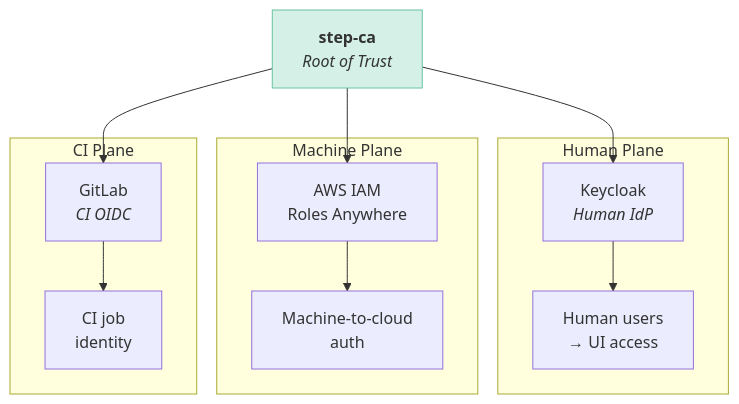
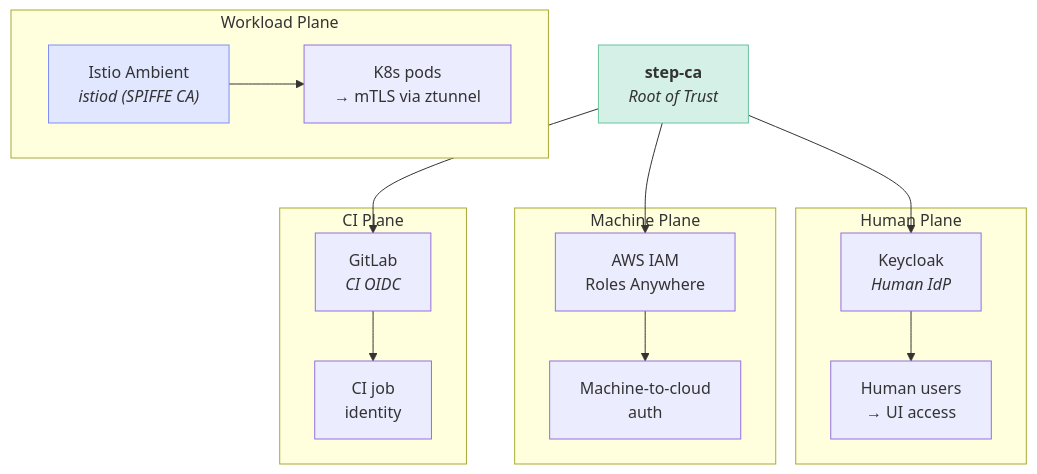
Before and after one commit to shedrachokonofua/aether: the first of 4 diagrams in docs/trust-model.md, drawn with Mermaid. The commit also changed other lines of this file and 10 other files, not shown here.

Commit message:
Setup istio ambient

````diff
--- a/docs/trust-model.md
+++ b/docs/trust-model.md
@@ -25,25 +26,31 @@
 ```mermaid
 flowchart TB
     StepCA["<b>step-ca</b><br/><i>Root of Trust</i>"]
 
     StepCA --> Keycloak
     StepCA --> AWS
     StepCA --> GitLab
 
     subgraph Human["Human Plane"]
         Keycloak["Keycloak<br/><i>Human IdP</i>"]
         Keycloak --> Users["Human users<br/>→ UI access"]
     end
 
     subgraph Machine["Machine Plane"]
         AWS["AWS IAM<br/>Roles Anywhere"]
         AWS --> M2C["Machine-to-cloud<br/>auth"]
     end
 
     subgraph CI["CI Plane"]
         GitLab["GitLab<br/><i>CI OIDC</i>"]
         GitLab --> Jobs["CI job<br/>identity"]
     end
 
+    subgraph Workload["Workload Plane"]
+        Istio["Istio Ambient<br/><i>istiod (SPIFFE CA)</i>"]
+        Istio --> Pods["K8s pods<br/>→ mTLS via ztunnel"]
+    end
+
     style StepCA fill:#d4f0e7,stroke:#6ac4a0
+    style Istio fill:#e0e7ff,stroke:#818cf8
 ```
````
